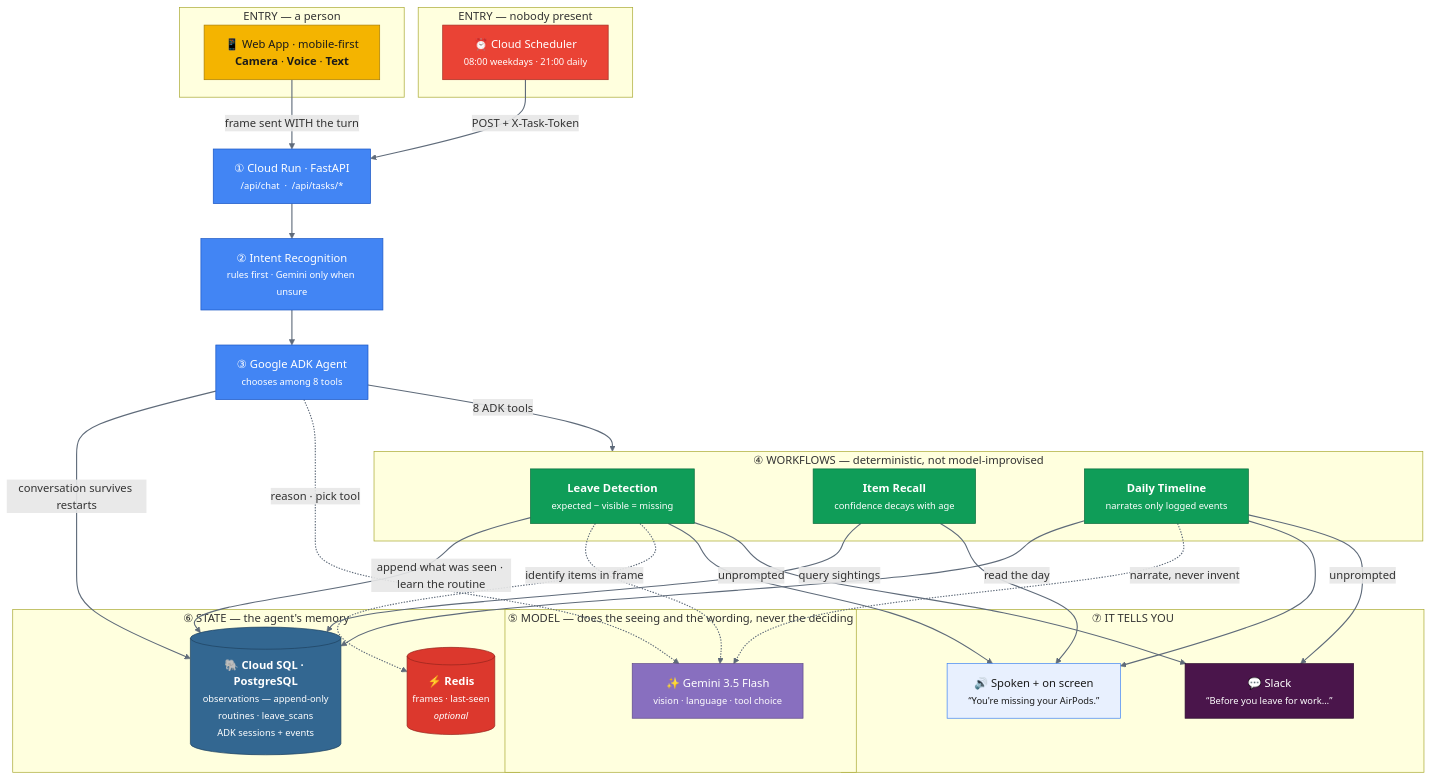
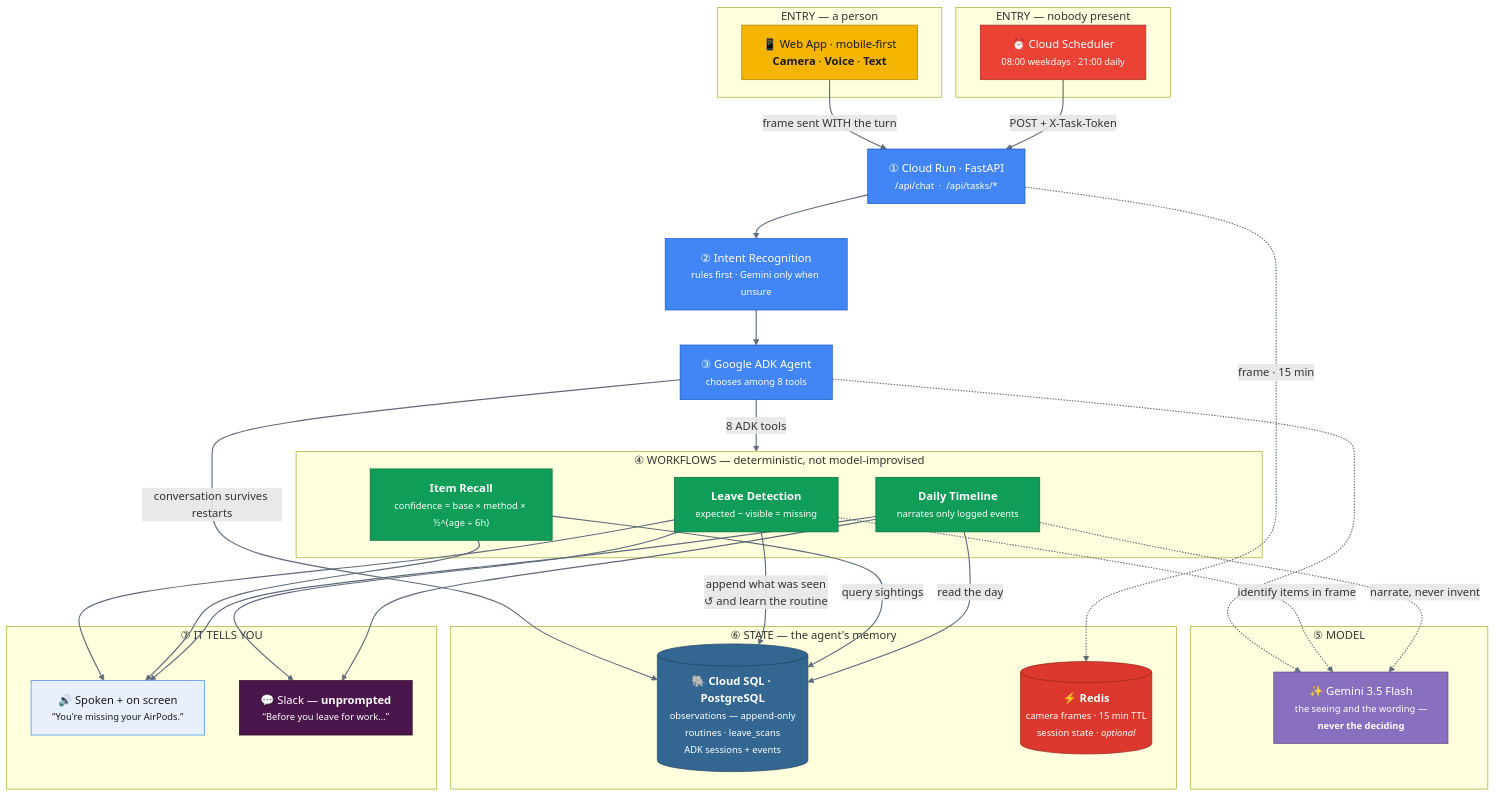
Before and after one commit to TheGh0xt/Omnistant: the diagram in docs/architecture.mmd, drawn with Mermaid. The commit also changed 8 other files, not shown here.

First line of the commit message:
docs: behaviour diagram, and remove the dead last-seen cache

```diff
--- a/docs/architecture.mmd
+++ b/docs/architecture.mmd
@@ -1,80 +1,72 @@
 graph TD
-    %% ═══════════ ENTRY POINTS ═══════════
     subgraph IN["ENTRY — a person"]
         UI["📱 Web App · mobile-first<br/><b>Camera</b> · <b>Voice</b> · <b>Text</b>"]
     end
-
     subgraph AUTO["ENTRY — nobody present"]
         SCHED["⏰ Cloud Scheduler<br/><small>08:00 weekdays · 21:00 daily</small>"]
     end
 
-    %% ═══════════ AGENT PIPELINE ═══════════
     API["① Cloud Run · FastAPI<br/><small>/api/chat &nbsp;·&nbsp; /api/tasks/*</small>"]
     INTENT["② Intent Recognition<br/><small>rules first · Gemini only when unsure</small>"]
     ADK["③ Google ADK Agent<br/><small>chooses among 8 tools</small>"]
 
     subgraph WF["④ WORKFLOWS — deterministic, not model-improvised"]
         W1["<b>Leave Detection</b><br/><small>expected − visible = missing</small>"]
-        W2["<b>Item Recall</b><br/><small>confidence decays with age</small>"]
+        W2["<b>Item Recall</b><br/><small>confidence = base × method × ½^(age ÷ 6h)</small>"]
         W3["<b>Daily Timeline</b><br/><small>narrates only logged events</small>"]
     end
 
-    %% ═══════════ BOTTOM ROW ═══════════
-    subgraph MODEL["⑤ MODEL — does the seeing and the wording, never the deciding"]
-        GEM["✨ Gemini 3.5 Flash<br/><small>vision · language · tool choice</small>"]
+    subgraph MODEL["⑤ MODEL"]
+        GEM["✨ Gemini 3.5 Flash<br/><small>the seeing and the wording —<br/><b>never the deciding</b></small>"]
     end
 
     subgraph STATE["⑥ STATE — the agent's memory"]
         PG[("🐘 <b>Cloud SQL · PostgreSQL</b><br/><small>observations — append-only<br/>routines · leave_scans<br/>ADK sessions + events</small>")]
-        RD[("⚡ <b>Redis</b><br/><small>frames · last-seen<br/><i>optional</i></small>")]
+        RD[("⚡ <b>Redis</b><br/><small>camera frames · 15 min TTL<br/>session state · <i>optional</i></small>")]
     end
 
     subgraph OUTPUT["⑦ IT TELLS YOU"]
         OUT["🔊 Spoken + on screen<br/><small>“You're missing your AirPods.”</small>"]
-        SLACK["💬 Slack<br/><small>“Before you leave for work…”</small>"]
+        SLACK["💬 Slack — <b>unprompted</b><br/><small>“Before you leave for work…”</small>"]
     end
 
-    %% ═══════════ FLOW ═══════════
     UI    -->|"frame sent WITH the turn"| API
     SCHED -->|"POST + X-Task-Token"| API
     API   --> INTENT --> ADK
+    API   -.->|"frame · 15 min"| RD
     ADK   -->|"8 ADK tools"| WF
     ADK   -->|"conversation survives restarts"| PG
 
-    W1 -->|"append what was seen · learn the routine"| PG
+    W1 -->|"append what was seen<br/>↺ and learn the routine"| PG
     W2 -->|"query sightings"| PG
     W3 -->|"read the day"| PG
 
-    ADK -.->|"reason · pick tool"| GEM
+    ADK -.-> GEM
     W1  -.->|"identify items in frame"| GEM
     W3  -.->|"narrate, never invent"| GEM
-    W1  -.-> RD
 
     W1 --> OUT
     W2 --> OUT
     W3 --> OUT
-    W1 ==>|"unprompted"| SLACK
-    W3 ==>|"unprompted"| SLACK
+    W1 --> SLACK
+    W3 --> SLACK
 
-    %% ═══════════ STYLE ═══════════
     classDef agent  fill:#4285F4,stroke:#1a56c4,color:#fff
     classDef gemini fill:#886FBF,stroke:#5f4a8a,color:#fff
     classDef db     fill:#336791,stroke:#1f4260,color:#fff
     classDef cache  fill:#DC382D,stroke:#96241c,color:#fff
     classDef cron   fill:#EA4335,stroke:#a52b21,color:#fff
     classDef slack  fill:#4A154B,stroke:#2d0c2e,color:#fff
     classDef flow   fill:#0F9D58,stroke:#0a6c3c,color:#fff
     classDef client fill:#F4B400,stroke:#a87d00,color:#1a1a1a
     classDef out    fill:#E8F0FE,stroke:#4285F4,color:#1a1a1a
-
     class API,INTENT,ADK agent
     class GEM gemini
     class PG db
     class RD cache
     class SCHED cron
     class SLACK slack
     class W1,W2,W3 flow
     class UI client
     class OUT out
-
     linkStyle default stroke:#5f6b7a,stroke-width:1.6px
```
